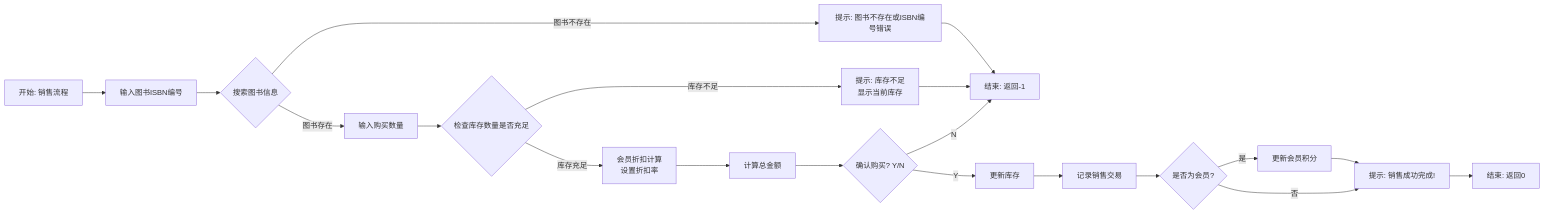
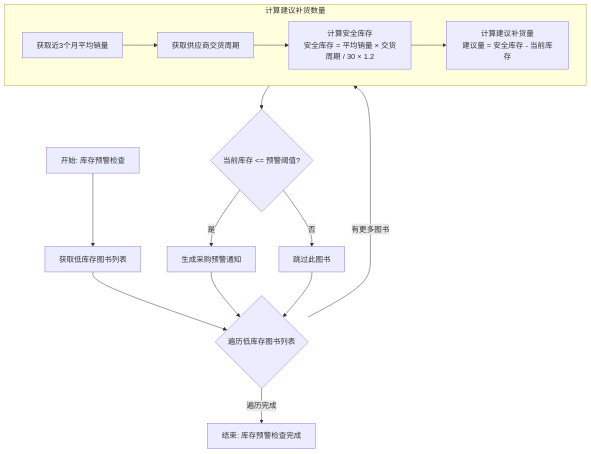
The diagram in all/未命名-4.md (HelloMe66/iodraw-files), drawn with Mermaid before and after one commit.

Commit message:
2025-12-05 14:30:36 update

````diff
--- a/all/未命名-4.md
+++ b/all/未命名-4.md
@@ -1,31 +1,23 @@
 ```mermaid
-flowchart LR
-    A[开始: 销售流程] --> B[输入图书ISBN编号]
-    B --> C{搜索图书信息}
+flowchart TD
+    A[开始: 库存预警检查] --> B[获取低库存图书列表]
+    B --> C{遍历低库存图书列表}
     
-    C -- 图书不存在 --> D[提示: 图书不存在或ISBN编号错误]
-    D --> E[结束: 返回-1]
+    C -- 有更多图书 --> D[计算建议补货数量]
     
-    C -- 图书存在 --> F[输入购买数量]
-    F --> G{检查库存数量是否充足}
+    subgraph D [计算建议补货数量]
+        D1[获取近3个月平均销量] --> D2[获取供应商交货周期]
+        D2 --> D3[计算安全库存<br>安全库存 = 平均销量 × 交货周期 / 30 × 1.2]
+        D3 --> D4[计算建议补货量<br>建议量 = 安全库存 - 当前库存]
+    end
     
-    G -- 库存不足 --> H[提示: 库存不足<br>显示当前库存]
-    H --> E
+    D --> E{当前库存 <= 预警阈值?}
     
-    G -- 库存充足 --> I[会员折扣计算<br>设置折扣率]
-    I --> J[计算总金额]
-    J --> K{确认购买? Y/N}
+    E -- 是 --> F[生成采购预警通知]
+    E -- 否 --> G[跳过此图书]
     
-    K -- N --> E
+    F --> C
+    G --> C
     
-    K -- Y --> L[更新库存]
-    L --> M[记录销售交易]
-    M --> N{是否为会员?}
-    
-    N -- 是 --> O[更新会员积分]
-    O --> P[提示: 销售成功完成!]
-    
-    N -- 否 --> P
-    
-    P --> Q[结束: 返回0]
+    C -- 遍历完成 --> H[结束: 库存预警检查完成]
 ```
````
